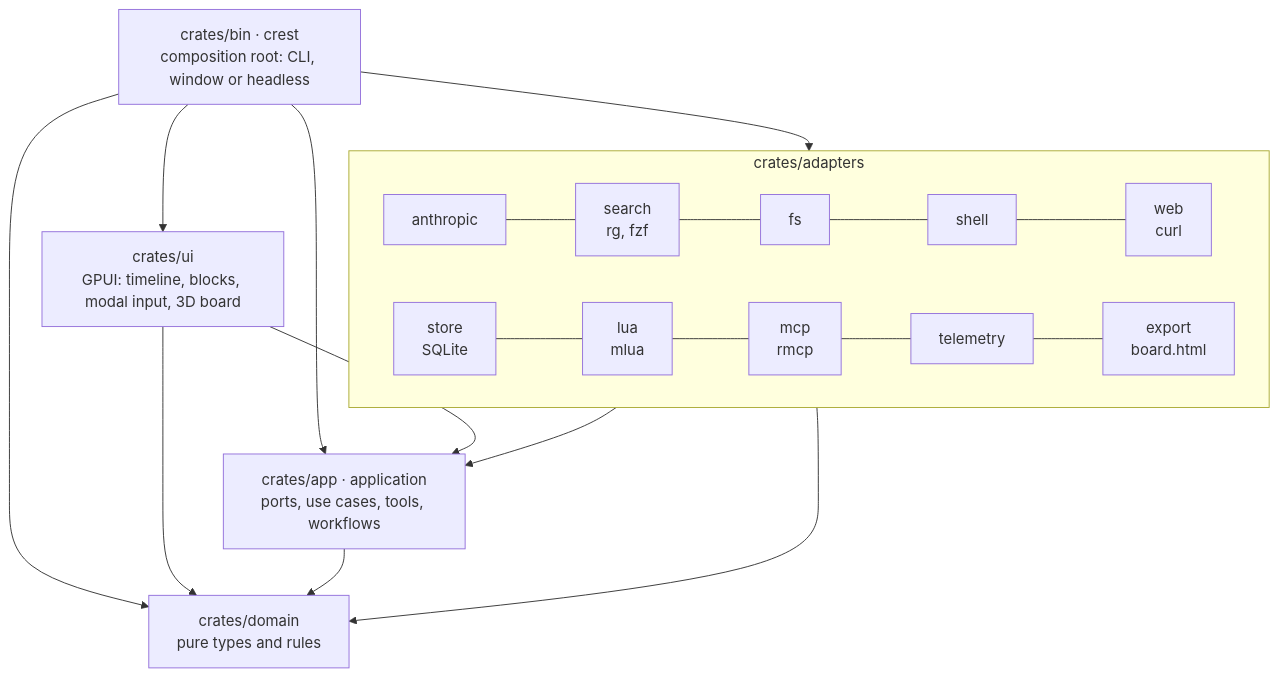
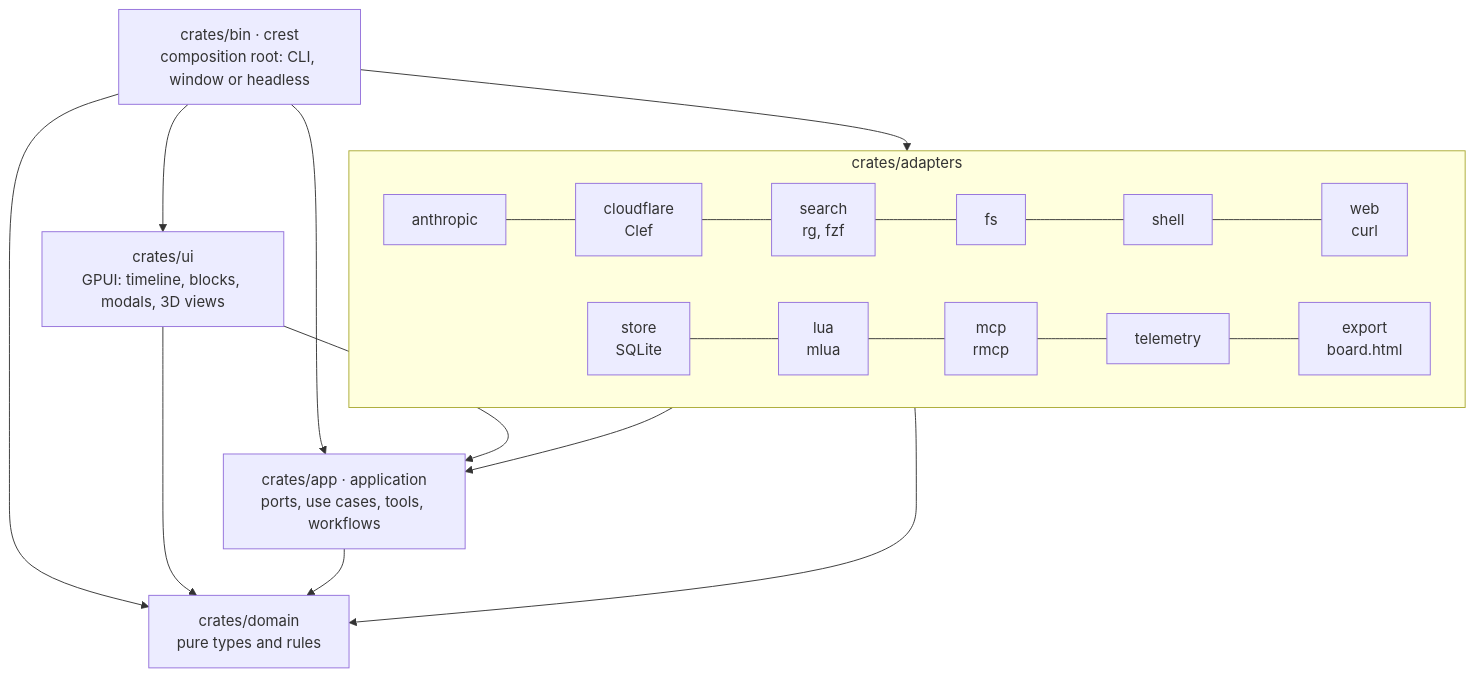
The diagram in README.md (lazaroMB/crest), drawn with Mermaid before and after one commit. The commit also changed other lines of this file and 3 other files, not shown here.

````diff
--- a/README.md
+++ b/README.md
@@ -125,16 +170,16 @@
 ```mermaid
 flowchart TB
     bin["crates/bin · crest<br/>composition root: CLI, window or headless"]
-    ui["crates/ui<br/>GPUI: timeline, blocks, modal input, 3D board"]
+    ui["crates/ui<br/>GPUI: timeline, blocks, modals, 3D views"]
     subgraph adapters["crates/adapters"]
         direction LR
-        anthropic["anthropic"] --- search["search<br/>rg, fzf"] --- fs["fs"] --- shell["shell"] --- web["web<br/>curl"]
+        anthropic["anthropic"] --- cloudflare["cloudflare<br/>Clef"] --- search["search<br/>rg, fzf"] --- fs["fs"] --- shell["shell"] --- web["web<br/>curl"]
         store["store<br/>SQLite"] --- lua["lua<br/>mlua"] --- mcp["mcp<br/>rmcp"] --- telemetry["telemetry"] --- export["export<br/>board.html"]
     end
     app["crates/app · application<br/>ports, use cases, tools, workflows"]
     domain["crates/domain<br/>pure types and rules"]
     bin --> ui & adapters & app & domain
     ui --> app & domain
     adapters --> app & domain
     app --> domain
 ```
````
